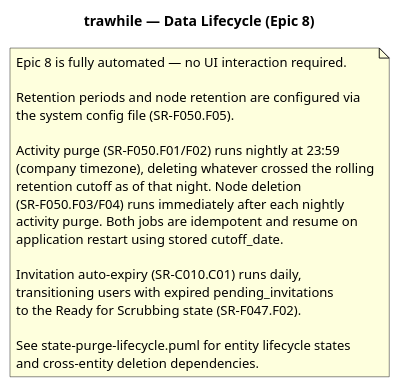
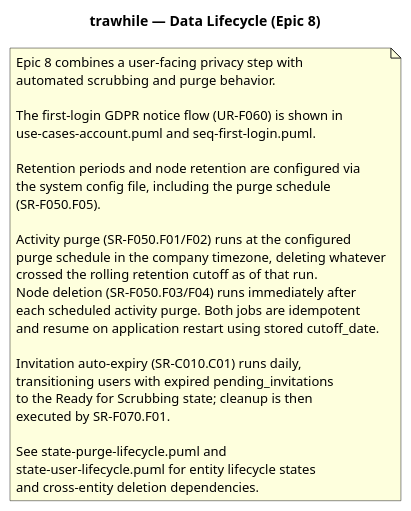
Before and after one commit to uCore7/trawhile: the diagram in docs/uml/use-cases-data-lifecycle.puml, drawn with PlantUML. The commit also changed 59 other files, not shown here.

```diff
--- a/docs/uml/use-cases-data-lifecycle.puml
+++ b/docs/uml/use-cases-data-lifecycle.puml
@@ -1,25 +1,32 @@
 @startuml use-cases-data-lifecycle
 title trawhile — Data Lifecycle (Epic 8)
 
 note as N
-  Epic 8 is fully automated — no UI interaction required.
+  Epic 8 combines a user-facing privacy step with
+  automated scrubbing and purge behavior.
+
+  The first-login GDPR notice flow (UR-F060) is shown in
+  use-cases-account.puml and seq-first-login.puml.
 
   Retention periods and node retention are configured via
-  the system config file (SR-F050.F05).
+  the system config file, including the purge schedule
+  (SR-F050.F05).
 
-  Activity purge (SR-F050.F01/F02) runs nightly at 23:59
-  (company timezone), deleting whatever crossed the rolling
-  retention cutoff as of that night. Node deletion
-  (SR-F050.F03/F04) runs immediately after each nightly
-  activity purge. Both jobs are idempotent and resume on
-  application restart using stored cutoff_date.
+  Activity purge (SR-F050.F01/F02) runs at the configured
+  purge schedule in the company timezone, deleting whatever
+  crossed the rolling retention cutoff as of that run.
+  Node deletion (SR-F050.F03/F04) runs immediately after
+  each scheduled activity purge. Both jobs are idempotent
+  and resume on application restart using stored cutoff_date.
 
   Invitation auto-expiry (SR-C010.C01) runs daily,
   transitioning users with expired pending_invitations
-  to the Ready for Scrubbing state (SR-F047.F02).
+  to the Ready for Scrubbing state; cleanup is then
+  executed by SR-F070.F01.
 
-  See state-purge-lifecycle.puml for entity lifecycle states
+  See state-purge-lifecycle.puml and
+  state-user-lifecycle.puml for entity lifecycle states
   and cross-entity deletion dependencies.
 end note
 
 @enduml
```
